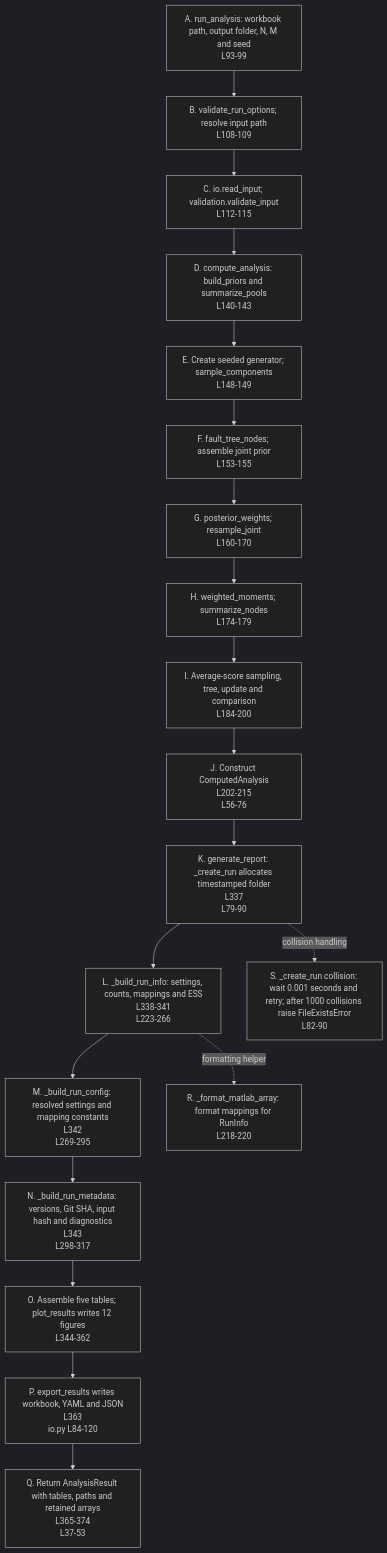
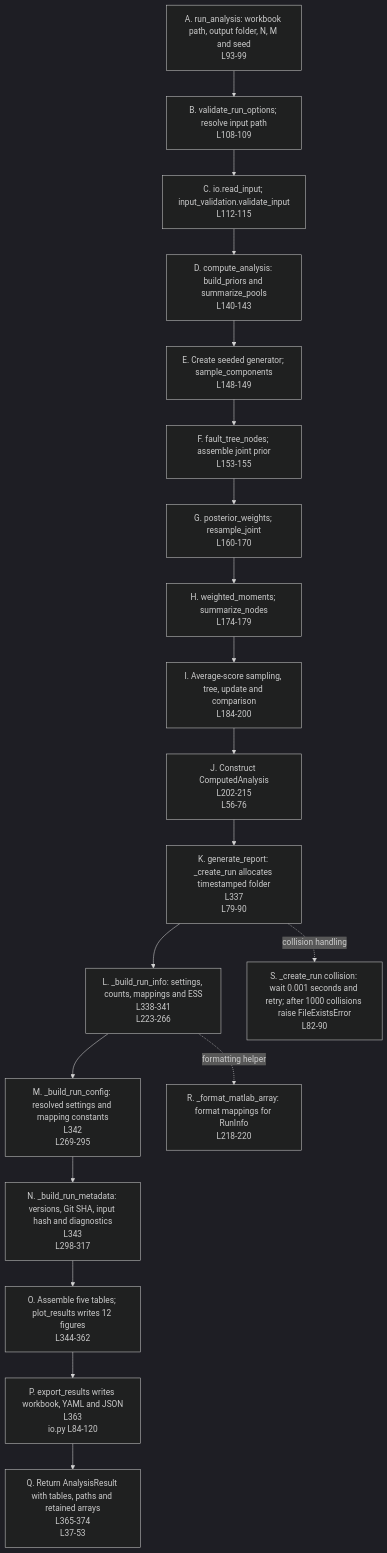
One commit to ykwang6126/Launch-Vehicle-Readiness-Estimation changed the fifth of 13 diagrams in src/source_code_flowcharts.md. Above: the diagram before and after it, drawn with Mermaid (dark theme). The commit also changed other lines of this file and 22 other files, not shown here.

Commit message:
Rename input validation and consolidate CLI entry points

````diff
--- a/src/source_code_flowcharts.md
+++ b/src/source_code_flowcharts.md
@@ -247,40 +228,40 @@
 ```mermaid
 flowchart TD
     A["A. run_analysis: workbook path, output folder, N, M and seed<br/>L93-99"]
     B["B. validate_run_options; resolve input path<br/>L108-109"]
-    C["C. io.read_input; validation.validate_input<br/>L112-115"]
+    C["C. io.read_input; input_validation.validate_input<br/>L112-115"]
     D["D. compute_analysis: build_priors and summarize_pools<br/>L140-143"]
     E["E. Create seeded generator; sample_components<br/>L148-149"]
     F["F. fault_tree_nodes; assemble joint prior<br/>L153-155"]
     G["G. posterior_weights; resample_joint<br/>L160-170"]
     H["H. weighted_moments; summarize_nodes<br/>L174-179"]
     I["I. Average-score sampling, tree, update and comparison<br/>L184-200"]
     J["J. Construct ComputedAnalysis<br/>L202-215<br/>L56-76"]
     K["K. generate_report: _create_run allocates timestamped folder<br/>L337<br/>L79-90"]
     L["L. _build_run_info: settings, counts, mappings and ESS<br/>L338-341<br/>L223-266"]
     M["M. _build_run_config: resolved settings and mapping constants<br/>L342<br/>L269-295"]
     N["N. _build_run_metadata: versions, Git SHA, input hash and diagnostics<br/>L343<br/>L298-317"]
     O["O. Assemble five tables; plot_results writes 12 figures<br/>L344-362"]
     P["P. export_results writes workbook, YAML and JSON<br/>L363<br/>io.py L84-120"]
     Q["Q. Return AnalysisResult with tables, paths and retained arrays<br/>L365-374<br/>L37-53"]
     R["R. _format_matlab_array: format mappings for RunInfo<br/>L218-220"]
     S["S. _create_run collision: wait 0.001 seconds and retry; after 1000 collisions raise FileExistsError<br/>L82-90"]
     A --> B
     B --> C
     C --> D
     D --> E
     E --> F
     F --> G
     G --> H
     H --> I
     I --> J
     J --> K
     K --> L
     L --> M
     M --> N
     N --> O
     O --> P
     P --> Q
     L -. "formatting helper" .-> R
     K -. "collision handling" .-> S
 ```
````
